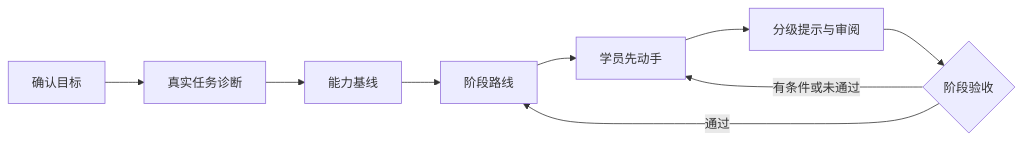
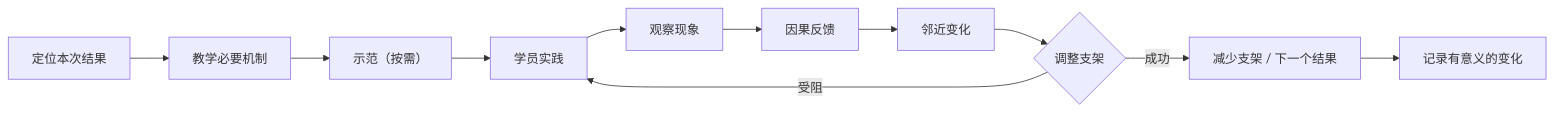
Before and after one commit to Kirisame1969/dsh-project-based-learning: the diagram in README.md, drawn with Mermaid. The commit also changed other lines of this file and 54 other files, not shown here.

````diff
--- a/README.md
+++ b/README.md
@@ -147,7 +129,9 @@
 ```mermaid
 flowchart LR
-    A["确认目标"] --> B["真实任务诊断"] --> C["能力基线"] --> D["阶段路线"]
-    D --> E["学员先动手"] --> F["分级提示与审阅"] --> G{"阶段验收"}
-    G -->|通过| D
-    G -->|有条件或未通过| E
+    A["定位本次结果"] --> B["教学必要机制"] --> C["示范（按需）"]
+    C --> D["学员实践"] --> E["观察现象"] --> F["因果反馈"]
+    F --> G["邻近变化"] --> H{"调整支架"}
+    H -->|成功| I["减少支架 / 下一个结果"]
+    H -->|受阻| D
+    I --> J["记录有意义的变化"]
 ```
````
